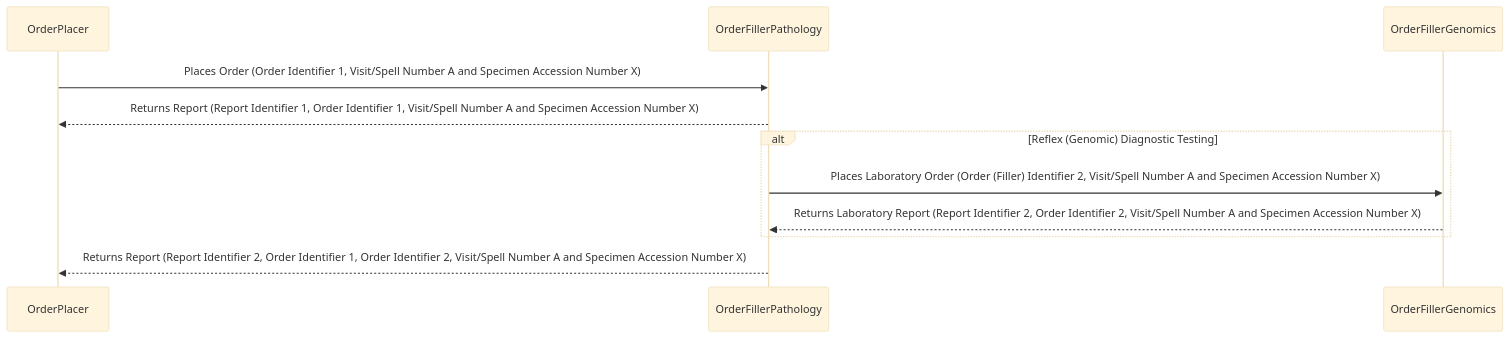
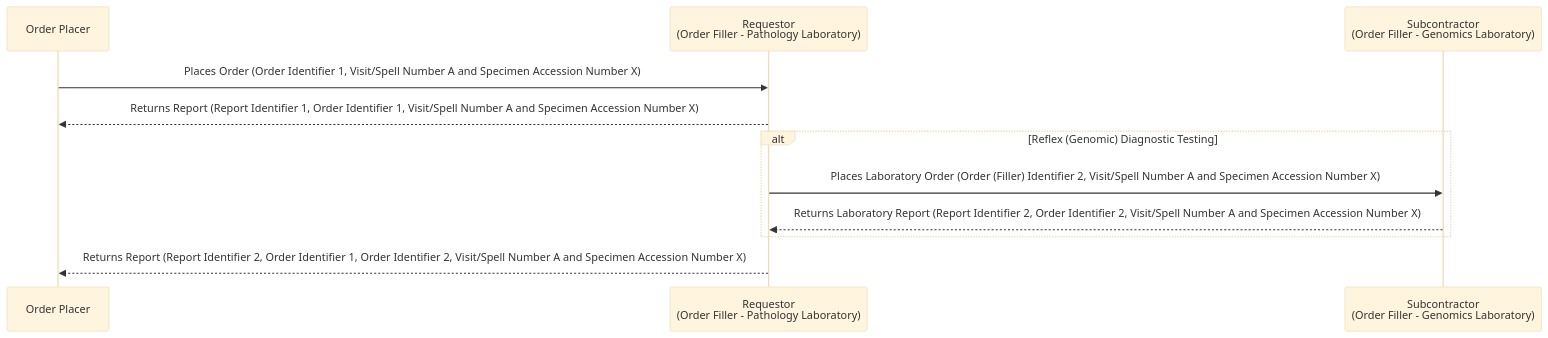
One commit to uk-gov-mirror/nw-gmsa.nw-gmsa.github.com changed the third of 4 diagrams in input/pagecontent/ILW.md. Above: the diagram before and after it, drawn with Mermaid (base theme). The commit also changed other lines of this file and 5 other files, not shown here.

````diff
--- a/input/pagecontent/ILW.md
+++ b/input/pagecontent/ILW.md
@@ -93,17 +98,16 @@
 ```mermaid
 sequenceDiagram
-    participant OrderPlacer
+    participant OrderPlacer as Order Placer
 
-    participant OrderFillerPathology
-    participant OrderFillerGenomics
+    participant OrderFillerPathology as Requestor<br/>(Order Filler - Pathology Laboratory) 
+    participant OrderFillerGenomics as Subcontractor<br/>(Order Filler - Genomics Laboratory)
   
-
     OrderPlacer ->> OrderFillerPathology: Places Order (Order Identifier 1, Visit/Spell Number A and Specimen Accession Number X)
     OrderFillerPathology -->> OrderPlacer: Returns Report (Report Identifier 1, Order Identifier 1, Visit/Spell Number A  and Specimen Accession Number X)
    
     alt Reflex (Genomic) Diagnostic Testing
         OrderFillerPathology ->> OrderFillerGenomics: Places Laboratory Order (Order (Filler) Identifier 2,  Visit/Spell Number A and Specimen Accession Number X)
         OrderFillerGenomics -->> OrderFillerPathology: Returns Laboratory Report (Report Identifier 2, Order Identifier 2, Visit/Spell Number A and Specimen Accession Number X)
     end
     OrderFillerPathology -->> OrderPlacer: Returns Report (Report Identifier 2, Order Identifier 1, Order Identifier 2, Visit/Spell Number A  and Specimen Accession Number X)
 ```
````
